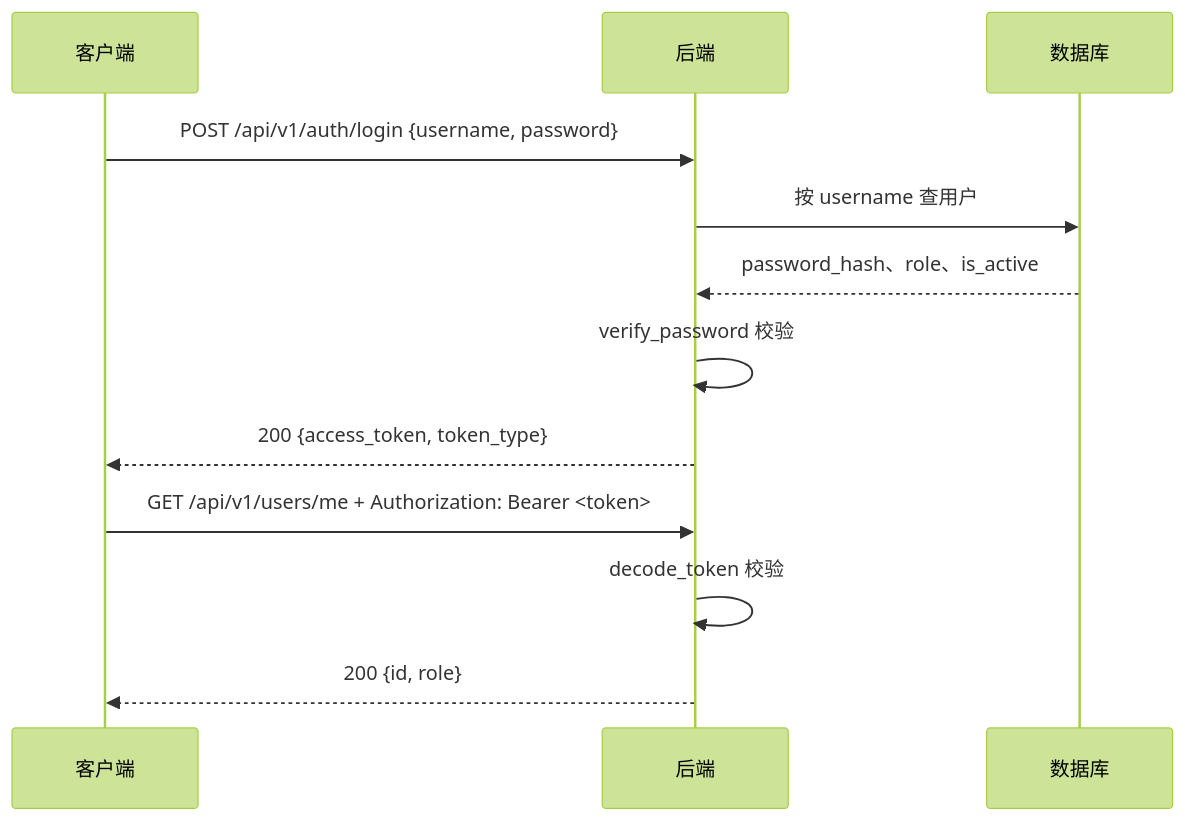
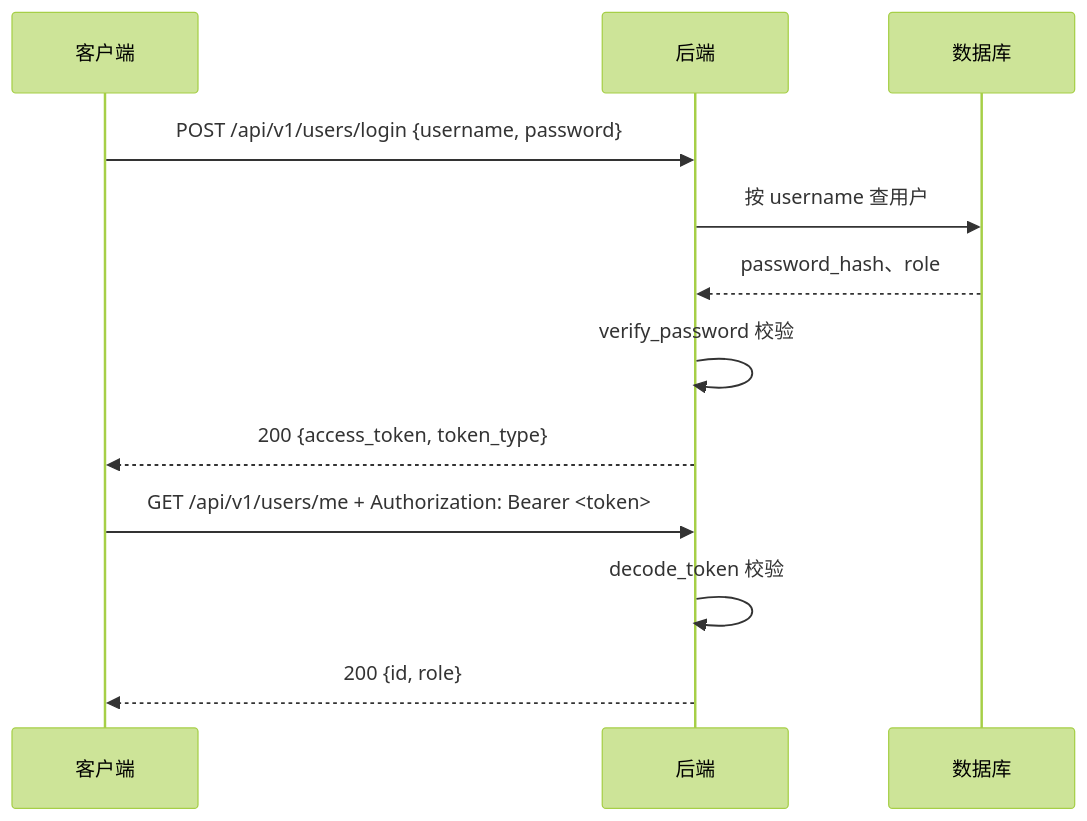
One commit to PrinZzzzjn/software-engineering-textbook changed the second of 2 diagrams in 软件工程实践-2.0/06-用户模块-登录认证.md. Above: the diagram before and after it, drawn with Mermaid (forest theme). The commit also changed other lines of this file and 63 other files, not shown here.

````diff
--- a/软件工程实践-2.0/06-用户模块-登录认证.md
+++ b/软件工程实践-2.0/06-用户模块-登录认证.md
@@ -220,14 +319,14 @@
 ```mermaid
 sequenceDiagram
     participant C as 客户端
     participant S as 后端
     participant D as 数据库
-    C->>S: POST /api/v1/auth/login {username, password}
+    C->>S: POST /api/v1/users/login {username, password}
     S->>D: 按 username 查用户
-    D-->>S: password_hash、role、is_active
+    D-->>S: password_hash、role
     S->>S: verify_password 校验
     S-->>C: 200 {access_token, token_type}
     C->>S: GET /api/v1/users/me + Authorization: Bearer <token>
     S->>S: decode_token 校验
     S-->>C: 200 {id, role}
 ```
````
